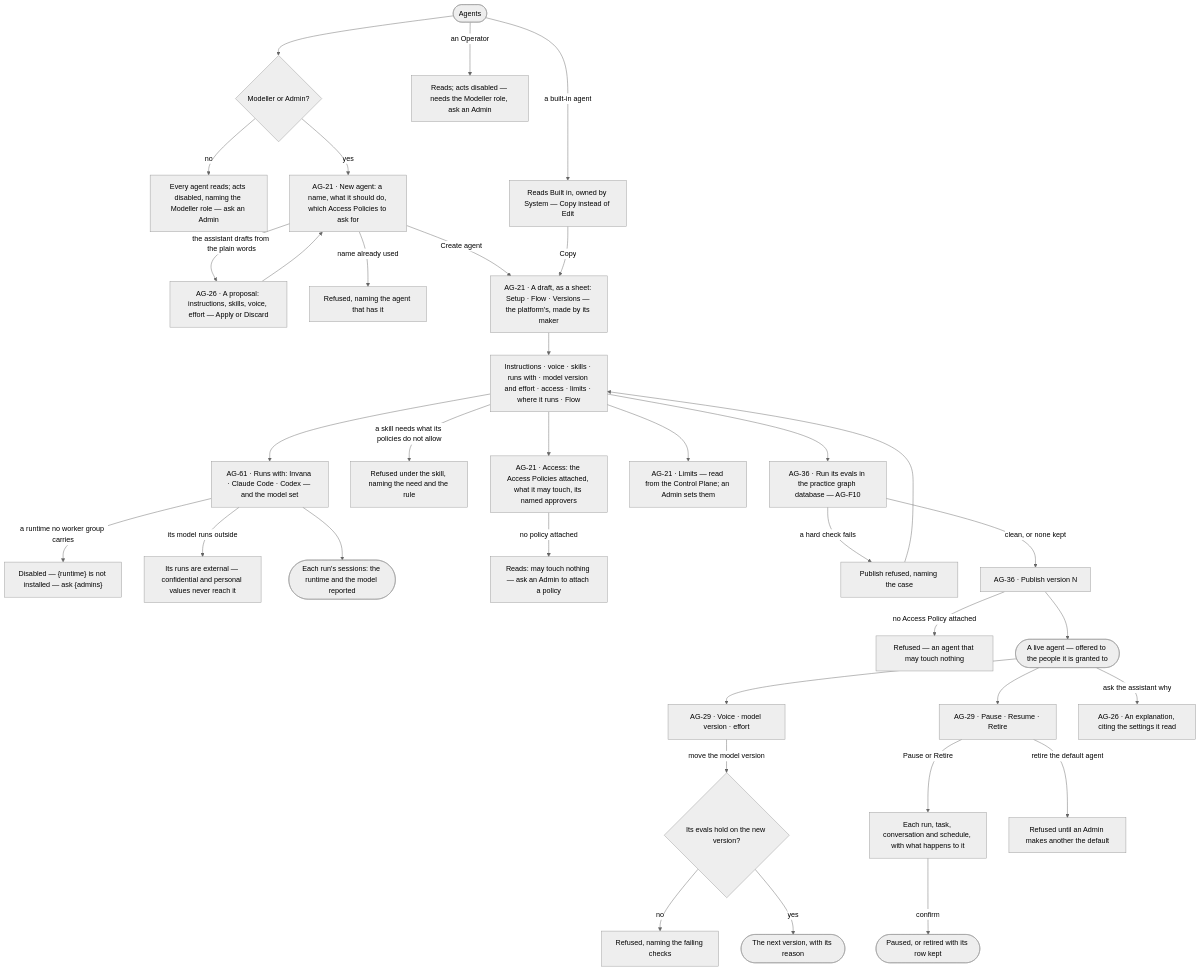
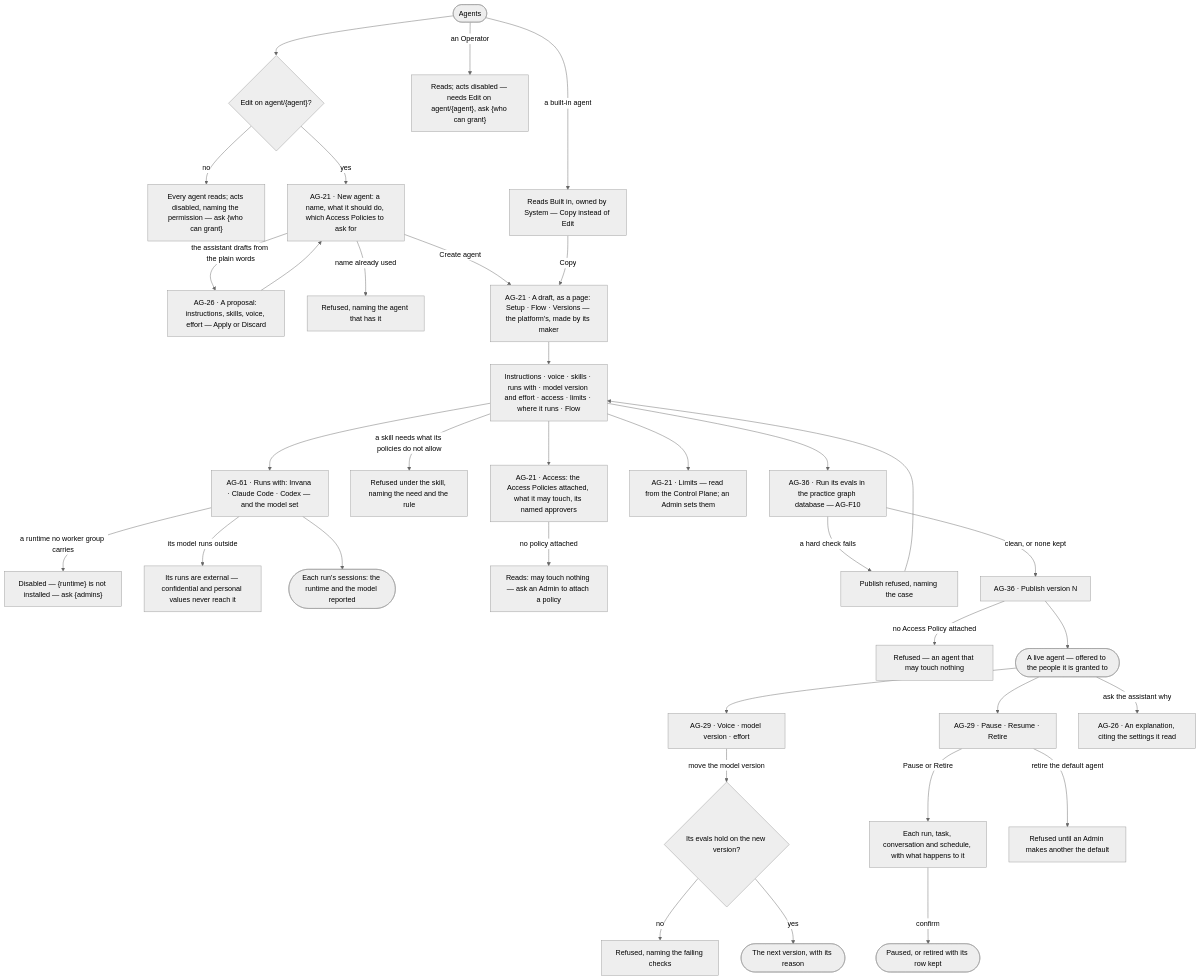
One commit to invana/invana changed the first of 2 diagrams in specs/capabilities/agents/features/AG-F01-build-an-agent/feature.md. Above: the diagram before and after it, drawn with Mermaid (neutral theme). The commit also changed other lines of this file and 456 other files, not shown here.

````diff
--- a/specs/capabilities/agents/features/AG-F01-build-an-agent/feature.md
+++ b/specs/capabilities/agents/features/AG-F01-build-an-agent/feature.md
@@ -26,36 +26,36 @@
 ```mermaid
 flowchart TD
-  start([Agents]) --> may{"Modeller or Admin?"}
-  may -->|no| ro["Every agent reads; acts disabled, naming the Modeller role — ask an Admin"]
+  start([Agents]) --> may{"Edit on agent/{agent}?"}
+  may -->|no| ro["Every agent reads; acts disabled, naming the permission — ask {who can grant}"]
   may -->|yes| new["AG-21 · New agent: a name, what it should do, which Access Policies to ask for"]
   new -->|the assistant drafts from the plain words| as["AG-26 · A proposal: instructions, skills, voice, effort — Apply or Discard"]
   as --> new
   new -->|name already used| nx["Refused, naming the agent that has it"]
-  new -->|Create agent| draft["AG-21 · A draft, as a sheet: Setup · Flow · Versions — the platform's, made by its maker"]
-  start -->|an Operator| no["Reads; acts disabled — needs the Modeller role, ask an Admin"]
+  new -->|Create agent| draft["AG-21 · A draft, as a page: Setup · Flow · Versions — the platform's, made by its maker"]
+  start -->|an Operator| no["Reads; acts disabled — needs Edit on agent/{agent}, ask {who can grant}"]
   start -->|a built-in agent| bi["Reads Built in, owned by System — Copy instead of Edit"]
   bi -->|Copy| draft
   draft --> setup["Instructions · voice · skills · runs with · model version and effort · access · limits · where it runs · Flow"]
   setup --> rw["AG-61 · Runs with: Invana · Claude Code · Codex — and the model set"]
   rw -->|a runtime no worker group carries| rwx["Disabled — {runtime} is not installed — ask {admins}"]
   rw -->|its model runs outside| rwe["Its runs are external — confidential and personal values never reach it"]
   rw --> rwr(["Each run's sessions: the runtime and the model reported"])
   setup -->|a skill needs what its policies do not allow| mark["Refused under the skill, naming the need and the rule"]
   setup --> acc["AG-21 · Access: the Access Policies attached, what it may touch, its named approvers"]
   acc -->|no policy attached| nop["Reads: may touch nothing — ask an Admin to attach a policy"]
   setup --> lim["AG-21 · Limits — read from the Control Plane; an Admin sets them"]
   setup --> test["AG-36 · Run its evals in the practice graph database — AG-F10"]
   test -->|a hard check fails| tf["Publish refused, naming the case"] --> setup
   test -->|clean, or none kept| pub["AG-36 · Publish version N"]
   pub -->|no Access Policy attached| px["Refused — an agent that may touch nothing"]
   pub --> live([A live agent — offered to the people it is granted to])
   live --> tune["AG-29 · Voice · model version · effort"]
   tune -->|move the model version| ev{Its evals hold on the new version?}
   ev -->|no| evx["Refused, naming the failing checks"]
   ev -->|yes| v2(["The next version, with its reason"])
   live --> life["AG-29 · Pause · Resume · Retire"]
   life -->|Pause or Retire| prev["Each run, task, conversation and schedule, with what happens to it"]
   prev -->|confirm| done([Paused, or retired with its row kept])
   life -->|retire the default agent| dx["Refused until an Admin makes another the default"]
   live -->|ask the assistant why| as2["AG-26 · An explanation, citing the settings it read"]
 ```
````
